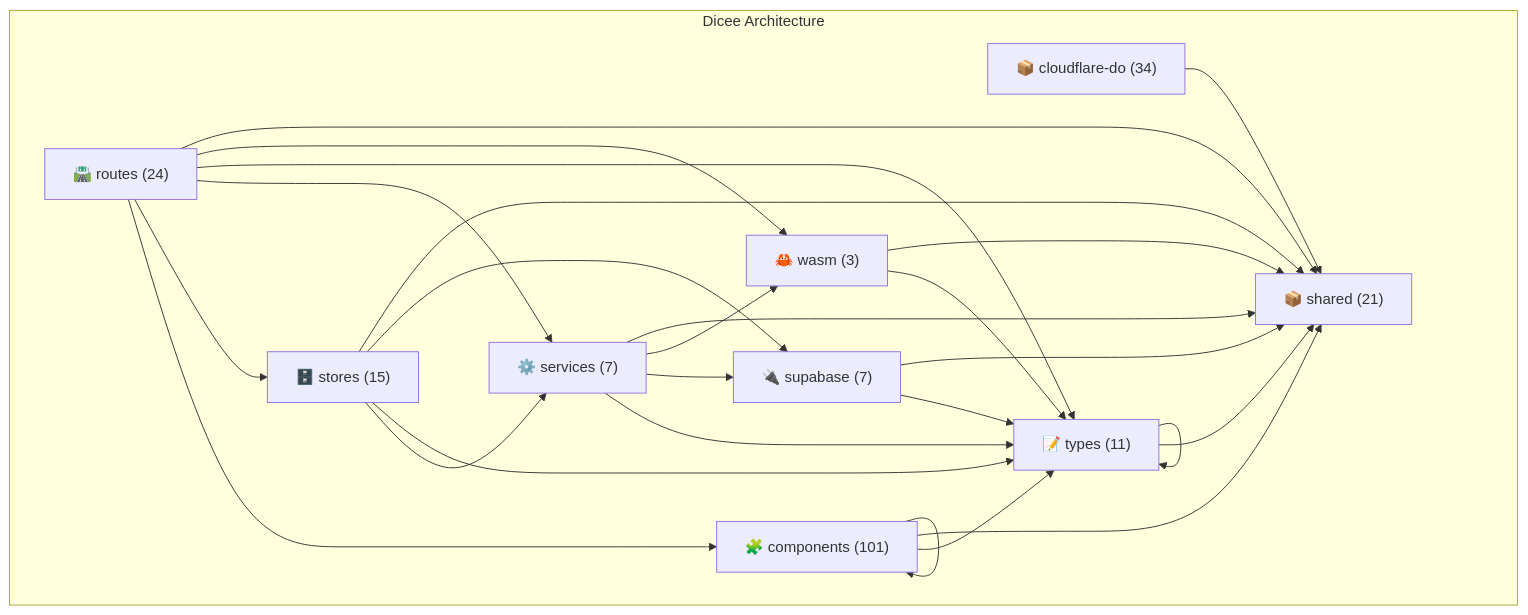
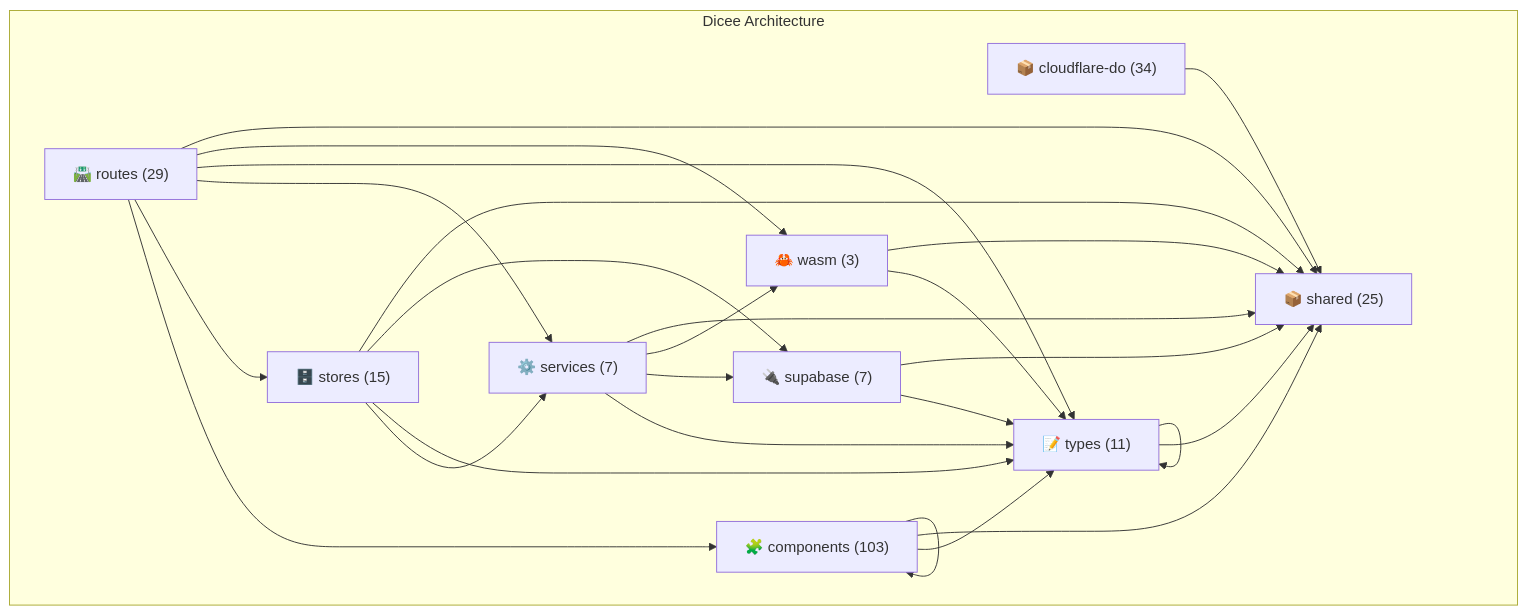
The diagram in docs/architecture/akg/diagrams/LAYER_ARCHITECTURE.md (verlyn13/dicee), drawn with Mermaid before and after one commit. The commit also changed other lines of this file and 26 other files, not shown here.

````diff
--- a/docs/architecture/akg/diagrams/LAYER_ARCHITECTURE.md
+++ b/docs/architecture/akg/diagrams/LAYER_ARCHITECTURE.md
@@ -16,39 +16,39 @@
 ```mermaid
 flowchart TB
     subgraph "Dicee Architecture"
-        shared["📦 shared (21)"]
+        shared["📦 shared (25)"]
         cloudflare_do["📦 cloudflare-do (34)"]
-        routes["🛣️ routes (24)"]
-        components["🧩 components (101)"]
+        routes["🛣️ routes (29)"]
+        components["🧩 components (103)"]
         stores["🗄️ stores (15)"]
         services["⚙️ services (7)"]
         types["📝 types (11)"]
         supabase["🔌 supabase (7)"]
         wasm["🦀 wasm (3)"]
     end
 
     cloudflare_do --> shared
     routes --> components
     routes --> stores
     routes --> services
     routes --> types
     routes --> wasm
     routes --> shared
     components --> components
     components --> types
     components --> shared
     stores --> services
     stores --> types
     stores --> supabase
     stores --> shared
     services --> types
     services --> supabase
     services --> wasm
     services --> shared
     types --> types
     types --> shared
     supabase --> types
     supabase --> shared
     wasm --> types
     wasm --> shared
 ```
````
